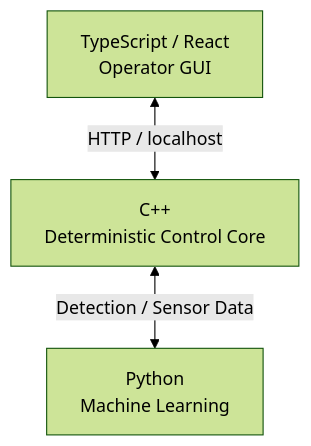
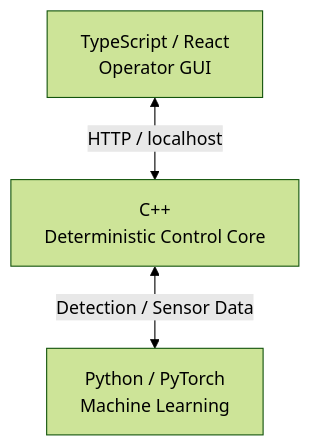
One commit to IamOumarIbrahim/manar-search-rescue-drone changed the diagram in README.md. Above: the diagram before and after it, drawn with Mermaid (forest theme). The commit also changed other lines of this file and 30 other files, not shown here.

````diff
--- a/README.md
+++ b/README.md
@@ -117,9 +117,9 @@
 ```mermaid
 flowchart TD
     GUI["TypeScript / React<br/>Operator GUI"]
     CORE["C++<br/>Deterministic Control Core"]
-    ML["Python<br/>Machine Learning"]
+    ML["Python / PyTorch<br/>Machine Learning"]
 
     GUI <-->|"HTTP / localhost"| CORE
     CORE <-->|"Detection / Sensor Data"| ML
 ```
````
